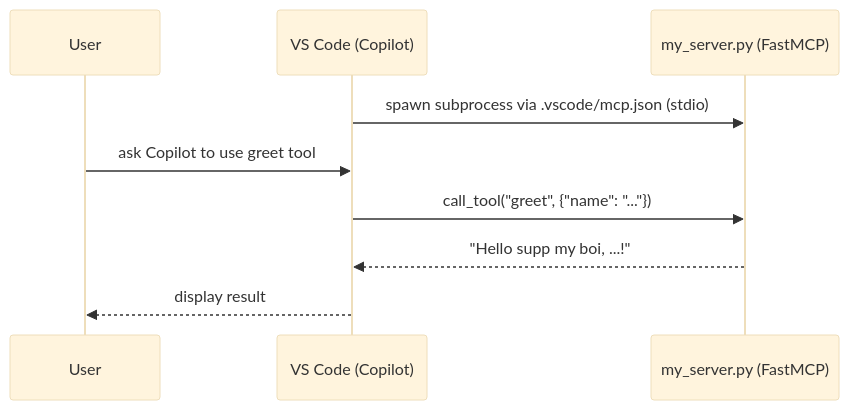
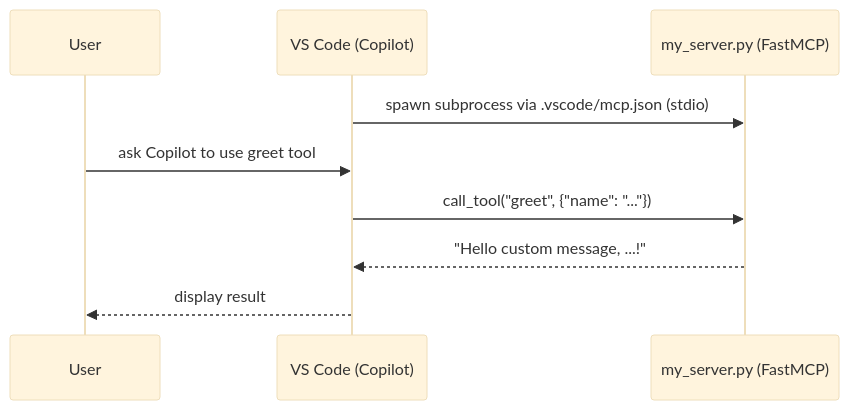
One commit to dejanu/ai-powered-coding-playbook changed the second of 2 diagrams in diagrams/local_client_server.md. Above: the diagram before and after it, drawn with Mermaid (base theme). The commit also changed other lines of this file, not shown here.

````diff
--- a/diagrams/local_client_server.md
+++ b/diagrams/local_client_server.md
@@ -16,12 +16,12 @@
 ```mermaid
 sequenceDiagram
     participant User
     participant VSCode as VS Code (Copilot)
     participant Server as my_server.py (FastMCP)
 
     VSCode->>Server: spawn subprocess via .vscode/mcp.json (stdio)
     User->>VSCode: ask Copilot to use greet tool
     VSCode->>Server: call_tool("greet", {"name": "..."})
-    Server-->>VSCode: "Hello supp my boi, ...!"
+    Server-->>VSCode: "Hello custom message, ...!"
     VSCode-->>User: display result
 ```
````
